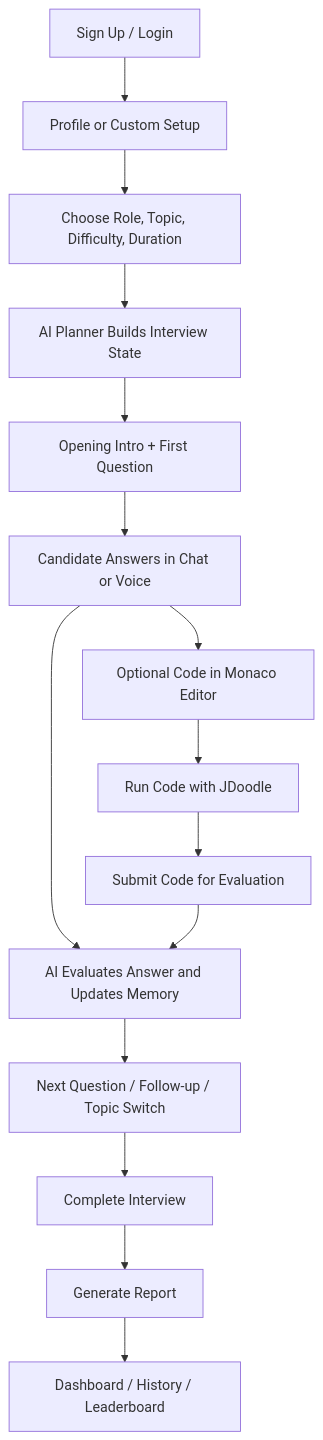
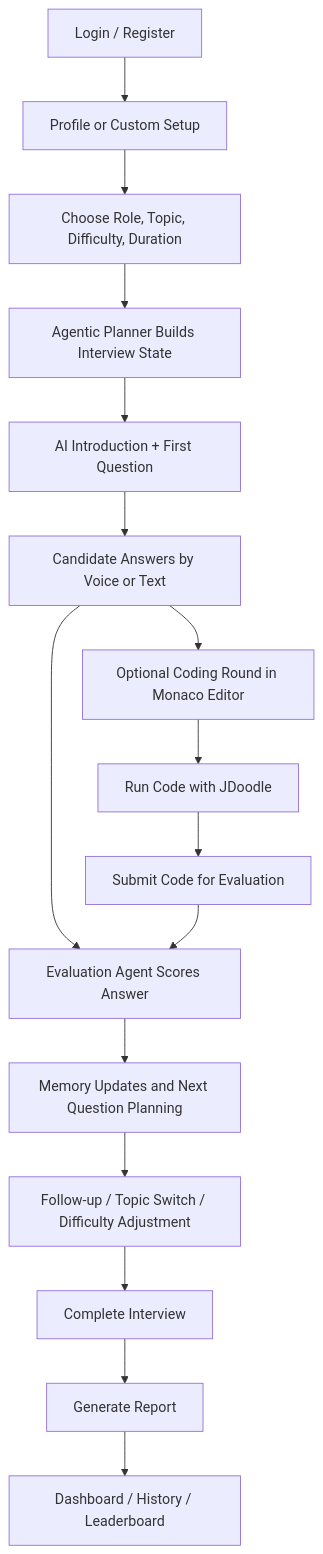
The diagram in README.md (Ayush-aps/Interview), drawn with Mermaid before and after one commit. The commit also changed other lines of this file and 1 other file, not shown here.

````diff
--- a/README.md
+++ b/README.md
@@ -72,17 +72,18 @@
 ```mermaid
 flowchart TD
-	A[Sign Up / Login] --> B[Profile or Custom Setup]
-	B --> C[Choose Role, Topic, Difficulty, Duration]
-	C --> D[AI Planner Builds Interview State]
-	D --> E[Opening Intro + First Question]
-	E --> F[Candidate Answers in Chat or Voice]
-	F --> G[Optional Code in Monaco Editor]
-	G --> H[Run Code with JDoodle]
-	H --> I[Submit Code for Evaluation]
-	F --> J[AI Evaluates Answer and Updates Memory]
-	I --> J
-	J --> K[Next Question / Follow-up / Topic Switch]
-	K --> L[Complete Interview]
-	L --> M[Generate Report]
-	M --> N[Dashboard / History / Leaderboard]
+  A[Login / Register] --> B[Profile or Custom Setup]
+  B --> C[Choose Role, Topic, Difficulty, Duration]
+  C --> D[Agentic Planner Builds Interview State]
+  D --> E[AI Introduction + First Question]
+  E --> F[Candidate Answers by Voice or Text]
+  F --> G[Optional Coding Round in Monaco Editor]
+  G --> H[Run Code with JDoodle]
+  H --> I[Submit Code for Evaluation]
+  F --> J[Evaluation Agent Scores Answer]
+  I --> J
+  J --> K[Memory Updates and Next Question Planning]
+  K --> L[Follow-up / Topic Switch / Difficulty Adjustment]
+  L --> M[Complete Interview]
+  M --> N[Generate Report]
+  N --> O[Dashboard / History / Leaderboard]
 ```
````
